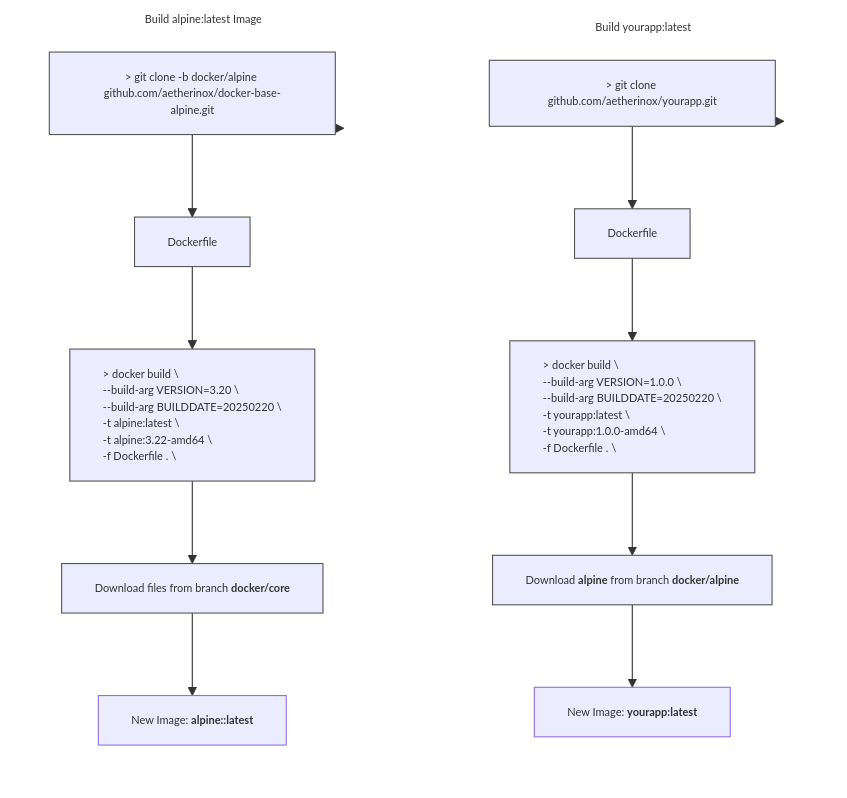
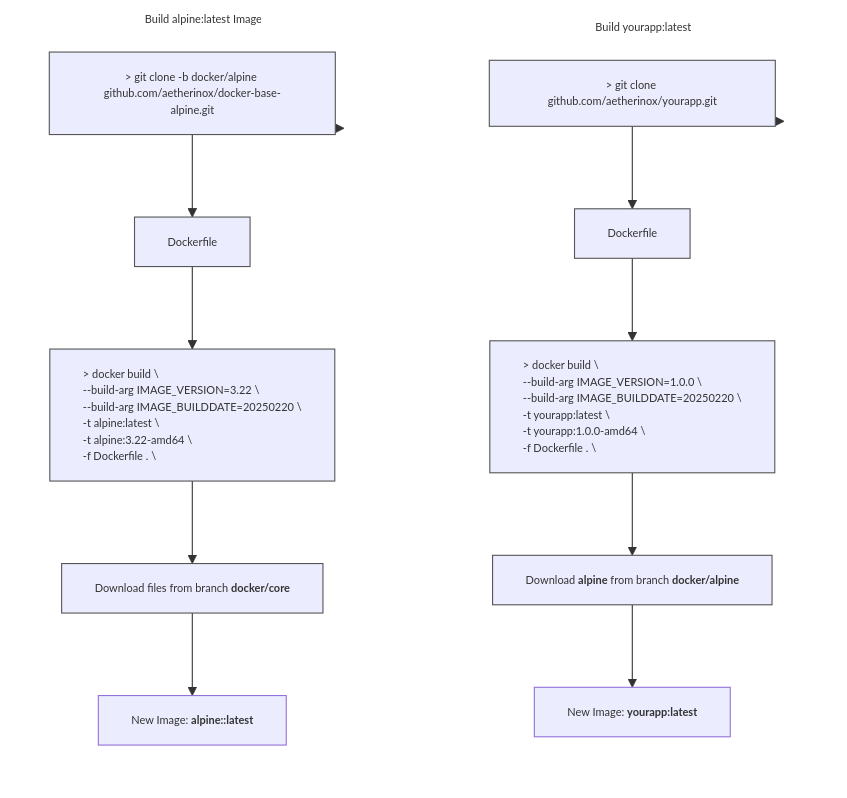
The diagram in README.md (aetherinox/docker-base-alpine), drawn with Mermaid before and after one commit. The commit also changed other lines of this file, not shown here.

````diff
--- a/README.md
+++ b/README.md
@@ -1244,49 +1242,49 @@
 ```mermaid
 %%{init: { 'themeVariables': { 'fontSize': '10px' }}}%%
 flowchart TB
 
 subgraph GRAPH_YOURAPP ["Build yourapp:latest"]
     direction TB
     obj_step10["`&gt; git clone github.com/aetherinox/yourapp.git`"]
     obj_step11["`Dockerfile`"]
     obj_step12["`&gt; docker build &bsol;
-    --build-arg VERSION=1.0.0 &bsol;
-    --build-arg BUILDDATE=20250220 &bsol;
+    --build-arg IMAGE_VERSION=1.0.0 &bsol;
+    --build-arg IMAGE_BUILDDATE=20250220 &bsol;
     -t yourapp:latest &bsol;
     -t yourapp:1.0.0-amd64 &bsol;
     -f Dockerfile . &bsol;`"]
     obj_step13["`Download **alpine** from branch **docker/alpine**`"]
     obj_step14["`New Image: **yourapp:latest**`"]
 
     style obj_step10 text-align:center,stroke-width:1px,stroke:#555
     style obj_step11 text-align:left,stroke-width:1px,stroke:#555
     style obj_step12 text-align:left,stroke-width:1px,stroke:#555
     style obj_step13 text-align:left,stroke-width:1px,stroke:#555
 end
 
 style GRAPH_YOURAPP text-align:center,stroke-width:1px,stroke:transparent,fill:transparent
 
 subgraph GRAPH_ALPINE["Build alpine:latest Image"]
 direction TB
     obj_step20["`&gt; git clone -b docker/alpine github.com/aetherinox/docker-base-alpine.git`"]
     obj_step21["`Dockerfile`"]
     obj_step22["`&gt; docker build &bsol;
-    --build-arg VERSION=3.20 &bsol;
-    --build-arg BUILDDATE=20250220 &bsol;
+    --build-arg IMAGE_VERSION=3.22 &bsol;
+    --build-arg IMAGE_BUILDDATE=20250220 &bsol;
     -t alpine:latest &bsol;
     -t alpine:3.22-amd64 &bsol;
     -f Dockerfile . &bsol;`"]
     obj_step23["`Download files from branch **docker/core**`"]
     obj_step24["`New Image: **alpine::latest**`"]
 
     style obj_step20 text-align:center,stroke-width:1px,stroke:#555
     style obj_step21 text-align:left,stroke-width:1px,stroke:#555
     style obj_step22 text-align:left,stroke-width:1px,stroke:#555
     style obj_step23 text-align:left,stroke-width:1px,stroke:#555
 end
 
 style GRAPH_ALPINE text-align:center,stroke-width:1px,stroke:transparent,fill:transparent
 
 GRAPH_YOURAPP --> obj_step10 --> obj_step11 --> obj_step12 --> obj_step13 --> obj_step14
 GRAPH_ALPINE --> obj_step20 --> obj_step21 --> obj_step22 --> obj_step23 --> obj_step24
 ```
````
